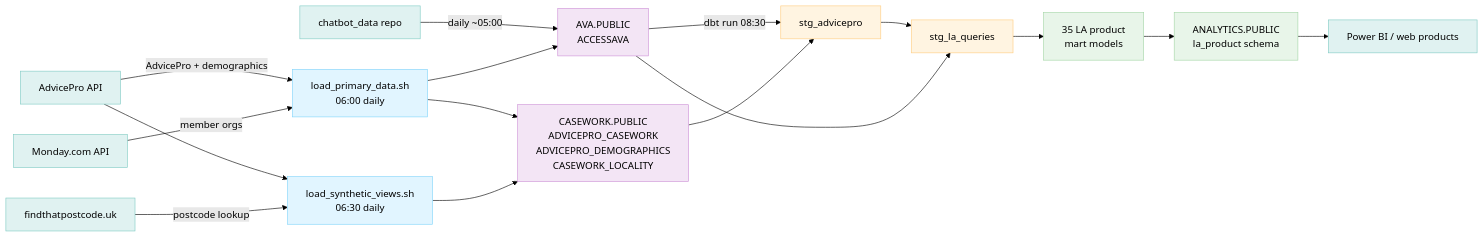
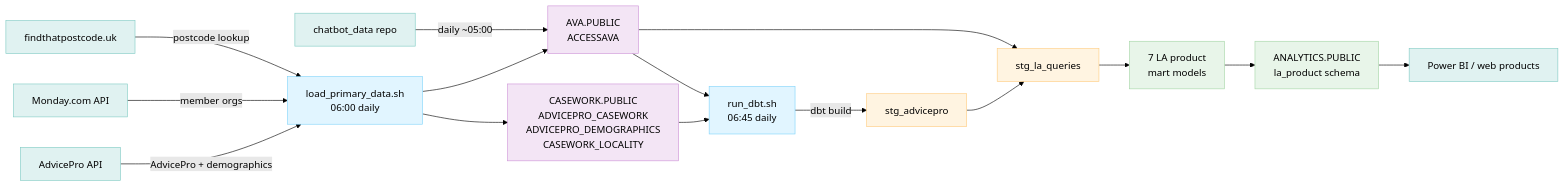
Before and after one commit to access-social-care/dbt-asc: the first of 2 diagrams in README.md, drawn with Mermaid (forest theme). The commit also changed other lines of this file and 54 other files, not shown here.

````diff
--- a/README.md
+++ b/README.md
@@ -11,44 +11,43 @@
 ```mermaid
 graph LR
     AP["AdvicePro API"]:::external
     MON["Monday.com API"]:::external
     FTPC["findthatpostcode.uk"]:::external
     CBD["chatbot_data repo"]:::external
 
     LPD["load_primary_data.sh<br>06:00 daily"]:::process
-    LSV["load_synthetic_views.sh<br>06:30 daily"]:::process
+    RDT["run_dbt.sh<br>06:45 daily"]:::process
 
     AVA["AVA.PUBLIC<br>ACCESSAVA"]:::source
     CW["CASEWORK.PUBLIC<br>ADVICEPRO_CASEWORK<br>ADVICEPRO_DEMOGRAPHICS<br>CASEWORK_LOCALITY"]:::source
 
     STG1["stg_advicepro"]:::product
     STG2["stg_la_queries"]:::product
-    MART["35 LA product<br>mart models"]:::final
+    MART["7 LA product<br>mart models"]:::final
     ANA["ANALYTICS.PUBLIC<br>la_product schema"]:::final
 
     WEB["Power BI / web products"]:::external
 
     AP -->|"AdvicePro + demographics"| LPD
     MON -->|"member orgs"| LPD
-    AP --> LSV
-    FTPC -->|"postcode lookup"| LSV
+    FTPC -->|"postcode lookup"| LPD
     CBD -->|"daily ~05:00"| AVA
 
     LPD --> CW
     LPD --> AVA
-    LSV --> CW
 
-    AVA -->|"dbt run 08:30"| STG1
-    CW --> STG1
+    AVA --> RDT
+    CW --> RDT
+    RDT -->|"dbt build"| STG1
     STG1 --> STG2
     AVA --> STG2
     STG2 --> MART
     MART --> ANA
     ANA --> WEB
 
     classDef external fill:#e0f2f1,stroke:#80cbc4
     classDef process fill:#e1f5ff,stroke:#81d4fa
     classDef source fill:#f3e5f5,stroke:#ce93d8
     classDef product fill:#fff4e1,stroke:#ffcc80
     classDef final fill:#e8f5e9,stroke:#a5d6a7
 ```
````
